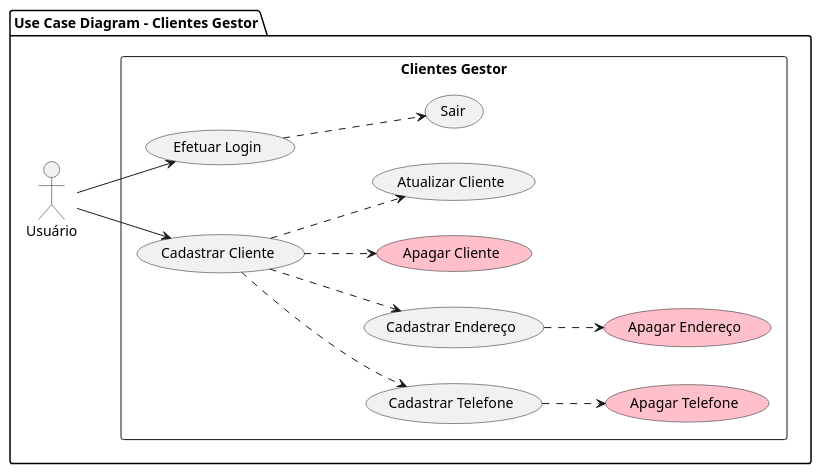
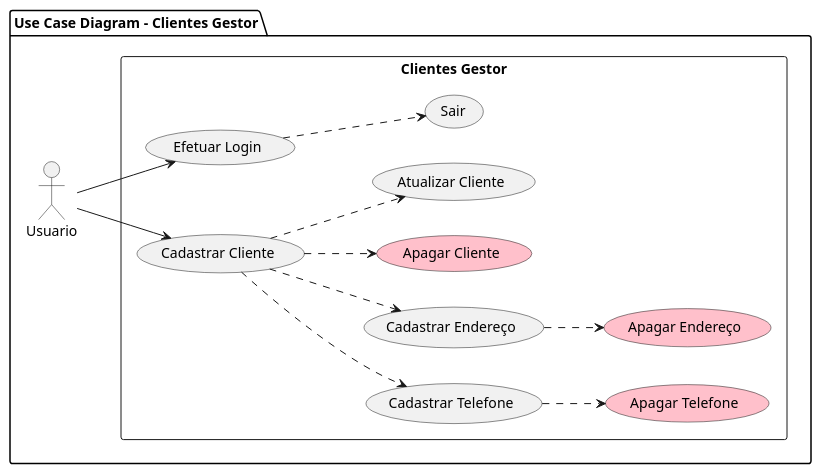
Before and after one commit to douglascarlos-dev/Clientes-Gestor: the diagram in modelagem/diagrama_use_case.plantuml, drawn with PlantUML. The commit also changed 7 other files, not shown here.

```diff
--- a/modelagem/diagrama_use_case.plantuml
+++ b/modelagem/diagrama_use_case.plantuml
@@ -1,26 +1,26 @@
 @startuml Use Case Diagram
 left to right direction
 package "Use Case Diagram - Clientes Gestor" {
-actor Usuário as u
+actor Usuario as u
 rectangle "Clientes Gestor" {
   usecase "Efetuar Login" as UC1
   usecase "Cadastrar Cliente" as UC2
   usecase "Cadastrar Telefone" as UC3
   usecase "Cadastrar Endereço" as UC4
   usecase "Apagar Endereço" as UC5 #pink
   usecase "Apagar Telefone" as UC6 #pink
   usecase "Apagar Cliente" as UC7 #pink
   usecase "Sair" as UC8
   usecase "Atualizar Cliente" as UC9
 }
 u --> UC1
 u --> UC2
 UC2 ..> UC3
 UC2 ..> UC4
 UC4 ..> UC5
 UC3 ..> UC6
 UC2 ..> UC7
 UC1 ..> UC8
 UC2 ..> UC9
 }
 @enduml
```
